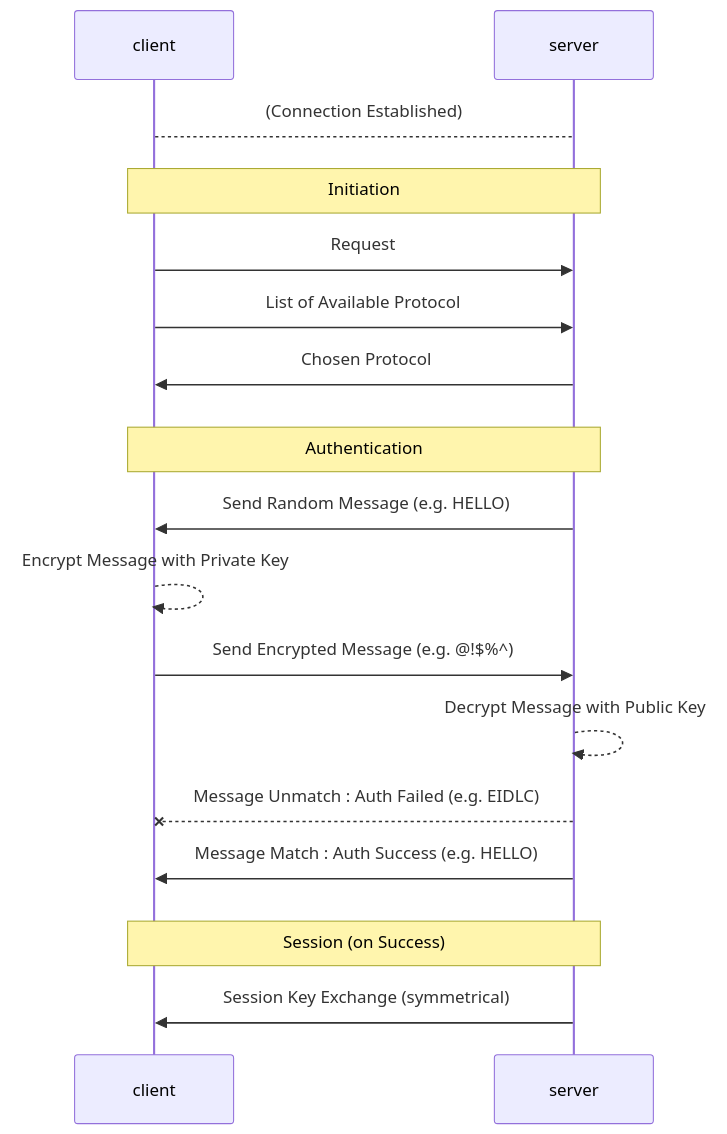
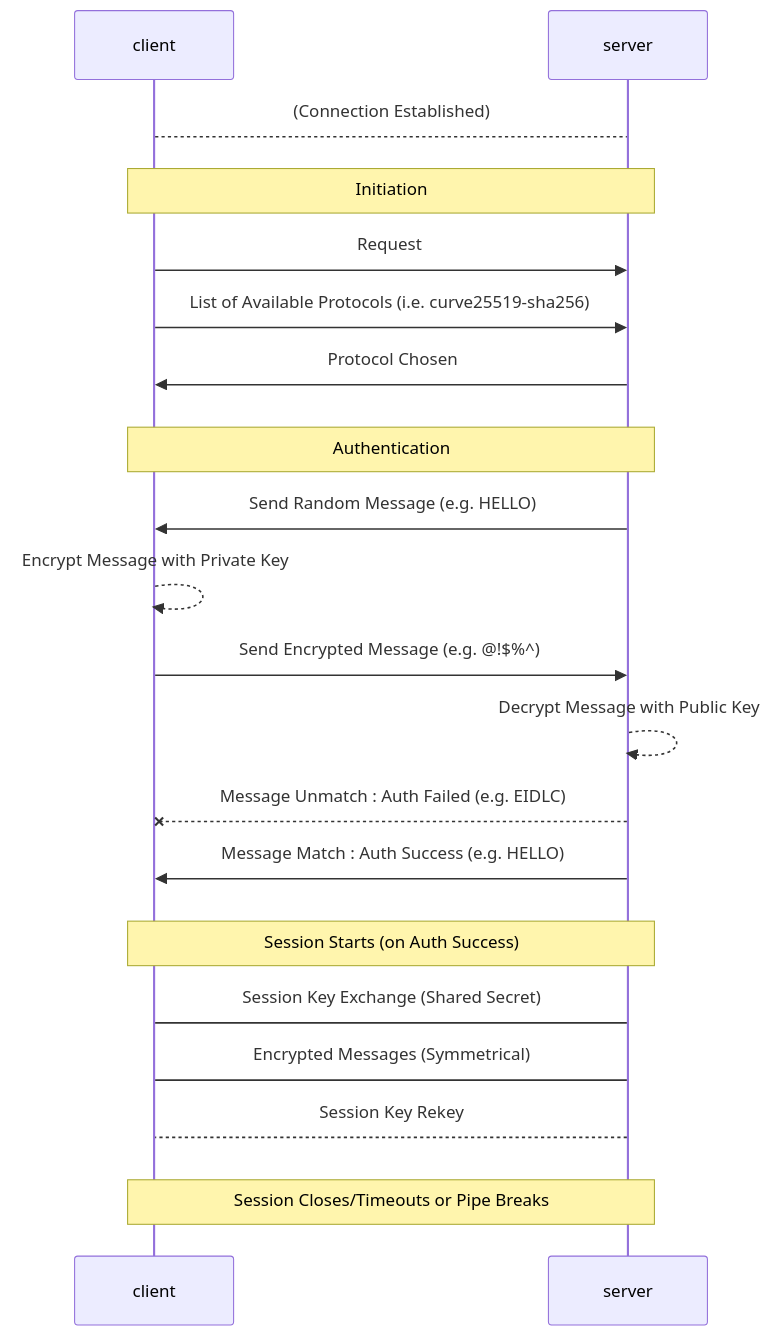
One commit to jan9won/article changed the second of 2 diagrams in linux-shell/useful-shell-commands-and-configurations/en.md. Above: the diagram before and after it, drawn with Mermaid. The commit also changed other lines of this file and 1 other file, not shown here.

Commit message:
backup : writing ssh key generation, searching which can have backdoor?

````diff
--- a/linux-shell/useful-shell-commands-and-configurations/en.md
+++ b/linux-shell/useful-shell-commands-and-configurations/en.md
@@ -316,29 +315,35 @@
 ```mermaid
 sequenceDiagram
 
 	client-->server: (Connection Established)
 
 	rect rgb(0,0,0,0)
 	Note over client,server: Initiation
 	client->>server: Request
-	client->>server: List of Available Protocol
-	server->>client: Chosen Protocol
+	client->>server: List of Available Protocols (i.e. curve25519-sha256)
+	server->>client: Protocol Chosen
 	end
 	
 	
     rect rgb(0,0,0,0)
     Note over client,server: Authentication
 	server->>client: Send Random Message (e.g. HELLO)
 	client-->>client: Encrypt Message with Private Key
 	client->>server: Send Encrypted Message (e.g. @!$%^)
 	server-->>server: Decrypt Message with Public Key
 	server--xclient: Message Unmatch : Auth Failed (e.g. EIDLC)
     server->>client: Message Match : Auth Success (e.g. HELLO)
 	end
 	
     rect rgb(0,0,0,0)
-    Note over client,server: Session (on  Success)
-    server->>client: Session Key Exchange (symmetrical)
+    Note over client,server: Session Starts (on Auth Success)
+    server->client: Session Key Exchange (Shared Secret)
+    server->client: Encrypted Messages (Symmetrical)
+    server-->client: Session Key Rekey
     end
-	
+    
+    
+	rect rgb(0,0,0,0)
+    Note over client,server: Session Closes/Timeouts or Pipe Breaks
+    end
 ```
````
